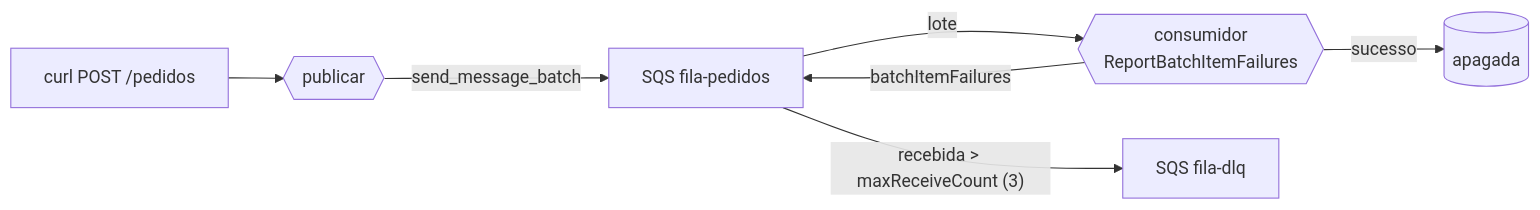
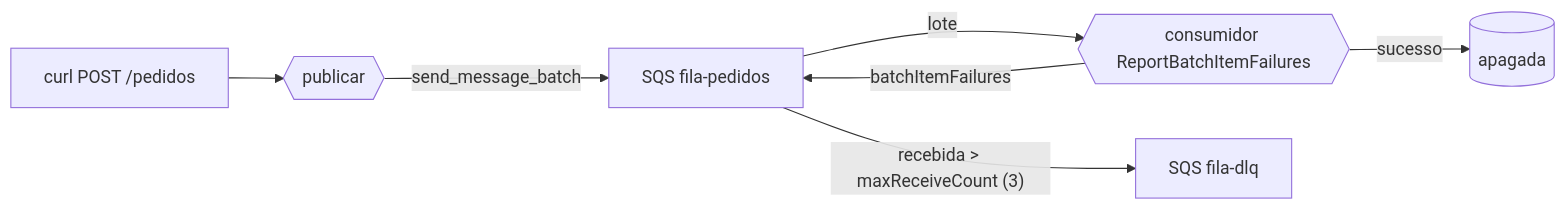
Before and after one commit to aulas-marco/arquitetura-serverless-eventdriven: the diagram in docs/unidade-1/02-demos/u1-04.md, drawn with Mermaid. The commit also changed 10 other files, not shown here.

First line of the commit message:
Corrige erros de parse nos diagramas Mermaid da documentação

````diff
--- a/docs/unidade-1/02-demos/u1-04.md
+++ b/docs/unidade-1/02-demos/u1-04.md
@@ -35,9 +35,9 @@
 ```mermaid
 flowchart LR
     C[curl POST /pedidos] --> P{{publicar}}
     P -- send_message_batch --> Q[SQS fila-pedidos]
-    Q -- lote --> K{{consumidor<br/>ReportBatchItemFailures}}
+    Q -- lote --> K{{consumidor ReportBatchItemFailures}}
     K -- sucesso --> DEL[(apagada)]
     K -- batchItemFailures --> Q
     Q -- "recebida > maxReceiveCount (3)" --> DLQ[SQS fila-dlq]
 ```
````
